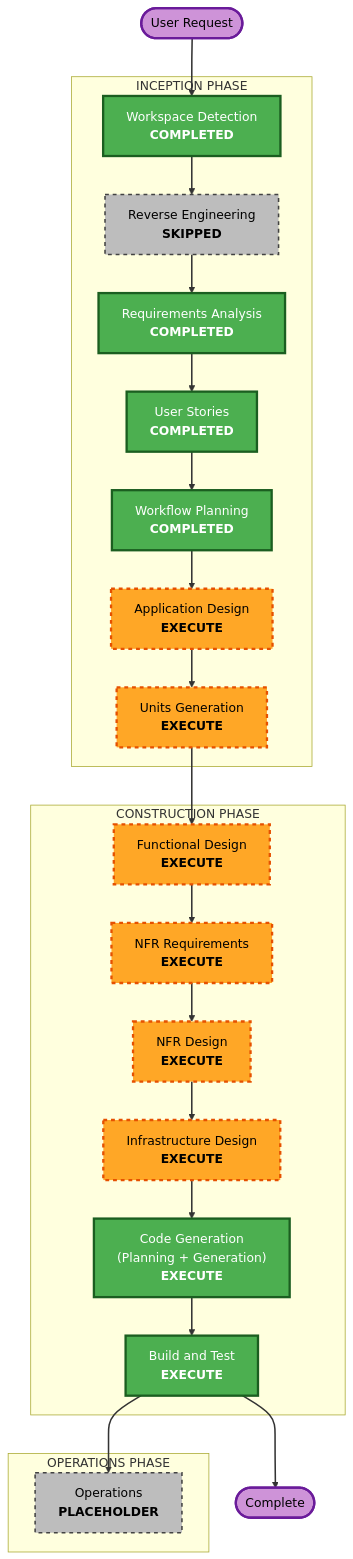
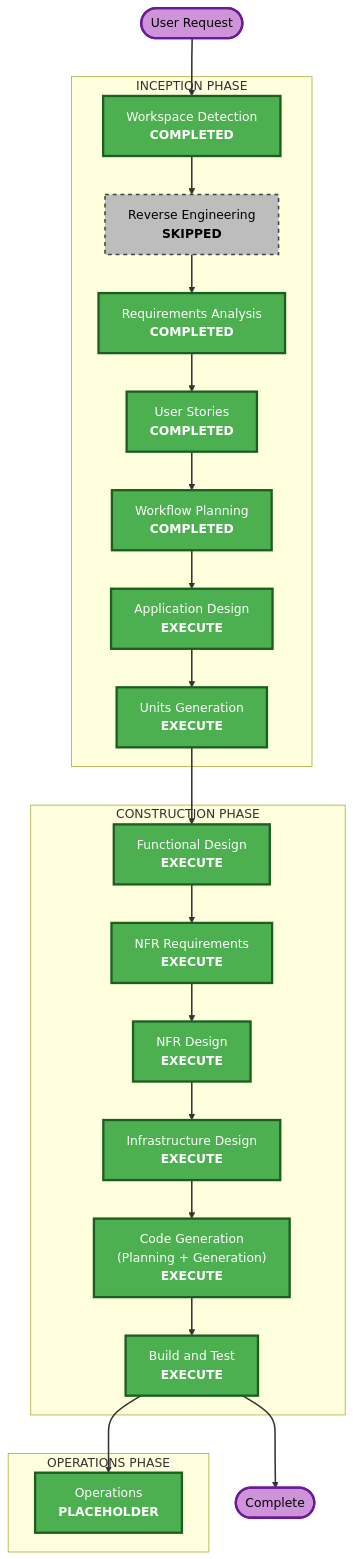
The diagram in aidlc-docs/inception/plans/execution-plan.md (jongon/betmeet-clone), drawn with Mermaid before and after one commit. The commit also changed other lines of this file and 1 other file, not shown here.

````diff
--- a/aidlc-docs/inception/plans/execution-plan.md
+++ b/aidlc-docs/inception/plans/execution-plan.md
@@ -34,61 +34,61 @@
 ```mermaid
 flowchart TD
     Start(["User Request"])
 
     subgraph INCEPTION["INCEPTION PHASE"]
         WD["Workspace Detection<br/><b>COMPLETED</b>"]
         RE["Reverse Engineering<br/><b>SKIPPED</b>"]
         RA["Requirements Analysis<br/><b>COMPLETED</b>"]
         US["User Stories<br/><b>COMPLETED</b>"]
         WP["Workflow Planning<br/><b>COMPLETED</b>"]
         AD["Application Design<br/><b>EXECUTE</b>"]
         UG["Units Generation<br/><b>EXECUTE</b>"]
     end
 
     subgraph CONSTRUCTION["CONSTRUCTION PHASE"]
         FD["Functional Design<br/><b>EXECUTE</b>"]
         NFRA["NFR Requirements<br/><b>EXECUTE</b>"]
         NFRD["NFR Design<br/><b>EXECUTE</b>"]
         ID["Infrastructure Design<br/><b>EXECUTE</b>"]
         CG["Code Generation<br/>(Planning + Generation)<br/><b>EXECUTE</b>"]
         BT["Build and Test<br/><b>EXECUTE</b>"]
     end
 
     subgraph OPERATIONS["OPERATIONS PHASE"]
         OPS["Operations<br/><b>PLACEHOLDER</b>"]
     end
 
     Start --> WD
     WD --> RE
     RE --> RA
     RA --> US
     US --> WP
     WP --> AD
     AD --> UG
     UG --> FD
     FD --> NFRA
     NFRA --> NFRD
     NFRD --> ID
     ID --> CG
     CG --> BT
     BT --> OPS
     BT --> End(["Complete"])
 
     style WD fill:#4CAF50,stroke:#1B5E20,stroke-width:3px,color:#fff
     style RA fill:#4CAF50,stroke:#1B5E20,stroke-width:3px,color:#fff
     style US fill:#4CAF50,stroke:#1B5E20,stroke-width:3px,color:#fff
     style WP fill:#4CAF50,stroke:#1B5E20,stroke-width:3px,color:#fff
     style RE fill:#BDBDBD,stroke:#424242,stroke-width:2px,stroke-dasharray: 5 5,color:#000
-    style AD fill:#FFA726,stroke:#E65100,stroke-width:3px,stroke-dasharray: 5 5,color:#000
-    style UG fill:#FFA726,stroke:#E65100,stroke-width:3px,stroke-dasharray: 5 5,color:#000
-    style FD fill:#FFA726,stroke:#E65100,stroke-width:3px,stroke-dasharray: 5 5,color:#000
-    style NFRA fill:#FFA726,stroke:#E65100,stroke-width:3px,stroke-dasharray: 5 5,color:#000
-    style NFRD fill:#FFA726,stroke:#E65100,stroke-width:3px,stroke-dasharray: 5 5,color:#000
-    style ID fill:#FFA726,stroke:#E65100,stroke-width:3px,stroke-dasharray: 5 5,color:#000
+    style AD fill:#4CAF50,stroke:#1B5E20,stroke-width:3px,color:#fff
+    style UG fill:#4CAF50,stroke:#1B5E20,stroke-width:3px,color:#fff
+    style FD fill:#4CAF50,stroke:#1B5E20,stroke-width:3px,color:#fff
+    style NFRA fill:#4CAF50,stroke:#1B5E20,stroke-width:3px,color:#fff
+    style NFRD fill:#4CAF50,stroke:#1B5E20,stroke-width:3px,color:#fff
+    style ID fill:#4CAF50,stroke:#1B5E20,stroke-width:3px,color:#fff
     style CG fill:#4CAF50,stroke:#1B5E20,stroke-width:3px,color:#fff
     style BT fill:#4CAF50,stroke:#1B5E20,stroke-width:3px,color:#fff
-    style OPS fill:#BDBDBD,stroke:#424242,stroke-width:2px,stroke-dasharray: 5 5,color:#000
+    style OPS fill:#4CAF50,stroke:#1B5E20,stroke-width:3px,color:#fff
     style Start fill:#CE93D8,stroke:#6A1B9A,stroke-width:3px,color:#000
     style End fill:#CE93D8,stroke:#6A1B9A,stroke-width:3px,color:#000
     linkStyle default stroke:#333,stroke-width:2px
 ```
````
